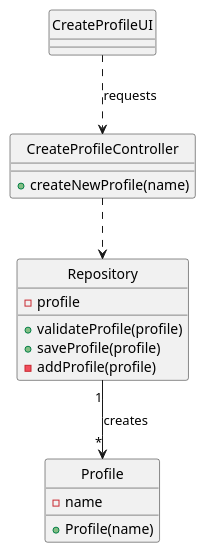
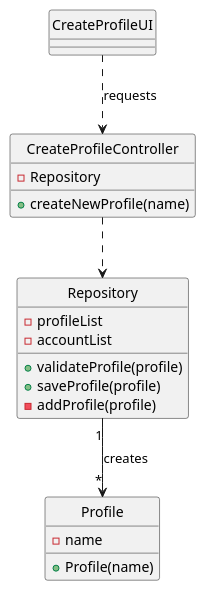
One commit to Loracline/project_switch_22-23 changed the diagram in docs/modelling_design/user_stories/us001/US001_Class_Diagram.puml. Above: the diagram before and after it, drawn with PlantUML. The commit also changed 8 other files, not shown here.

Commit message:
US001,002,003,004,005,006: Design:  -Refinement of class diagrams  -Refinement US005 and US006 sequence diagrams;  -Refinement of system sequence diagram;

```diff
--- a/docs/modelling_design/user_stories/us001/US001_Class_Diagram.puml
+++ b/docs/modelling_design/user_stories/us001/US001_Class_Diagram.puml
@@ -1,32 +1,34 @@
 @startuml
 'https://plantuml.com/class-diagram
 
 class "Profile"{
 -name
 +Profile(name)
 }
 
 class "CreateProfileController" {
+-Repository
 +createNewProfile(name)
 }
 
 class "CreateProfileUI"{
 }
 
 class "Repository"{
--profile
+-profileList
+-accountList
 +validateProfile(profile)
 +saveProfile(profile)
 -addProfile(profile)
 }
 
 hide "Profile" circle
 hide "CreateProfileController" circle
 hide "CreateProfileUI" circle
 hide "Repository" circle
 
 "CreateProfileUI" ..>  "CreateProfileController": requests
 "CreateProfileController" ..>  "Repository"
 "Repository" "1" --> "*" "Profile": creates
 
 @enduml
```
